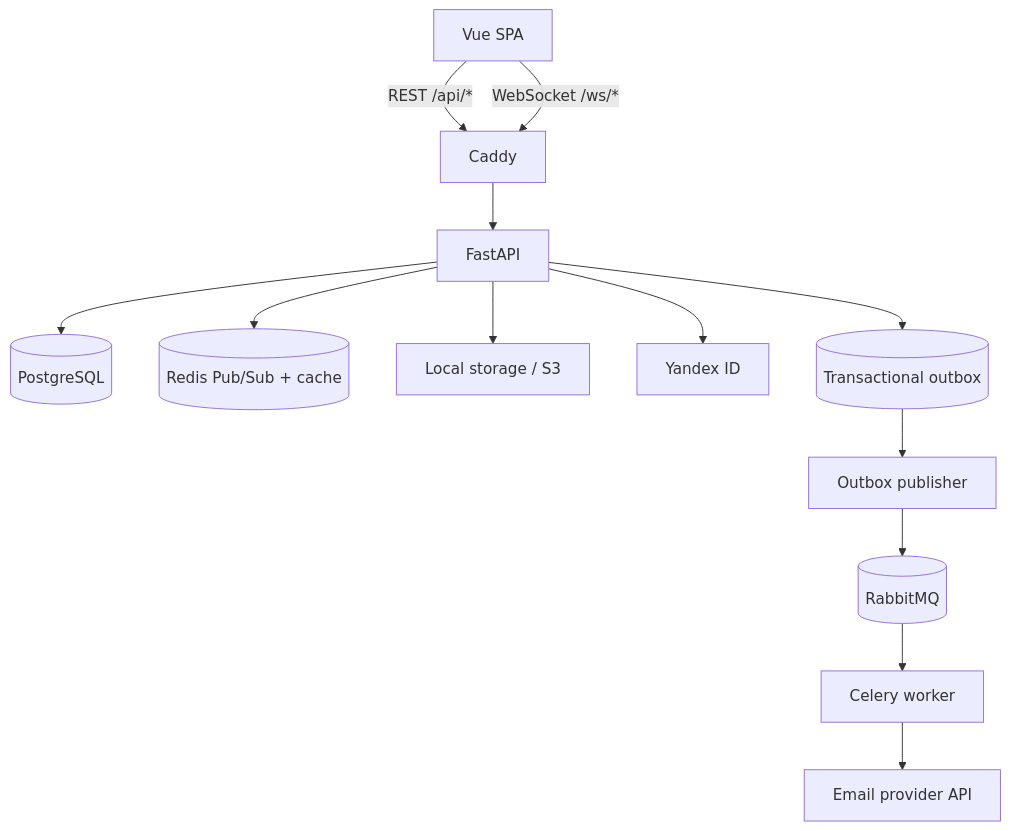
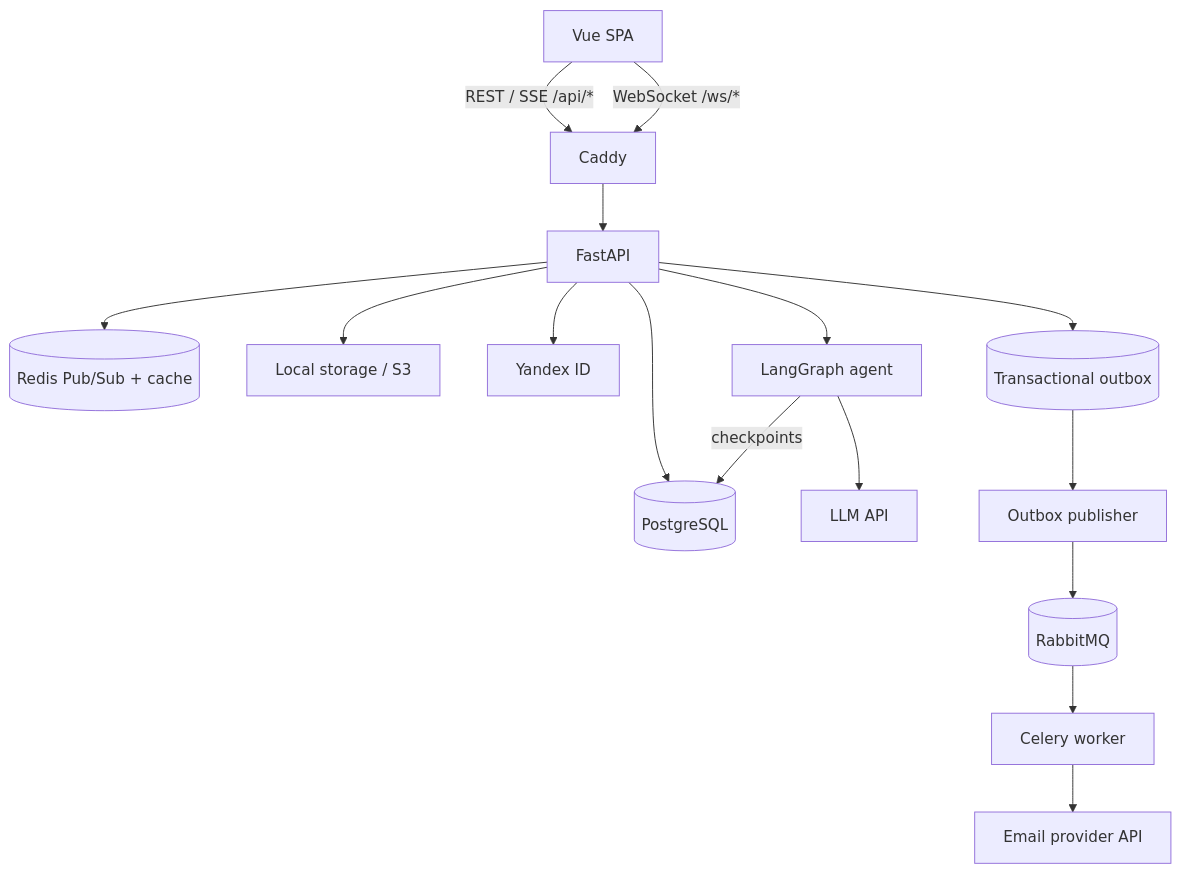
Before and after one commit to Ilm1n/Kantano: the first of 2 diagrams in README.md, drawn with Mermaid. The commit also changed other lines of this file and 8 other files, not shown here.

````diff
--- a/README.md
+++ b/README.md
@@ -37,15 +39,18 @@
 ```mermaid
 flowchart TB
-    browser["Vue SPA"] -->|"REST /api/*"| gateway["Caddy"]
+    browser["Vue SPA"] -->|"REST / SSE /api/*"| gateway["Caddy"]
     browser -->|"WebSocket /ws/*"| gateway
     gateway --> api["FastAPI"]
     api --> db[("PostgreSQL")]
     api --> redis[("Redis Pub/Sub + cache")]
     api --> storage["Local storage / S3"]
     api --> yandex["Yandex ID"]
+    api --> assistant["LangGraph agent"]
+    assistant --> llm["LLM API"]
+    assistant -->|"checkpoints"| db
     api --> outbox[("Transactional outbox")]
     outbox --> publisher["Outbox publisher"]
     publisher --> rabbit[("RabbitMQ")]
     rabbit --> worker["Celery worker"]
     worker --> email["Email provider API"]
 ```
````
